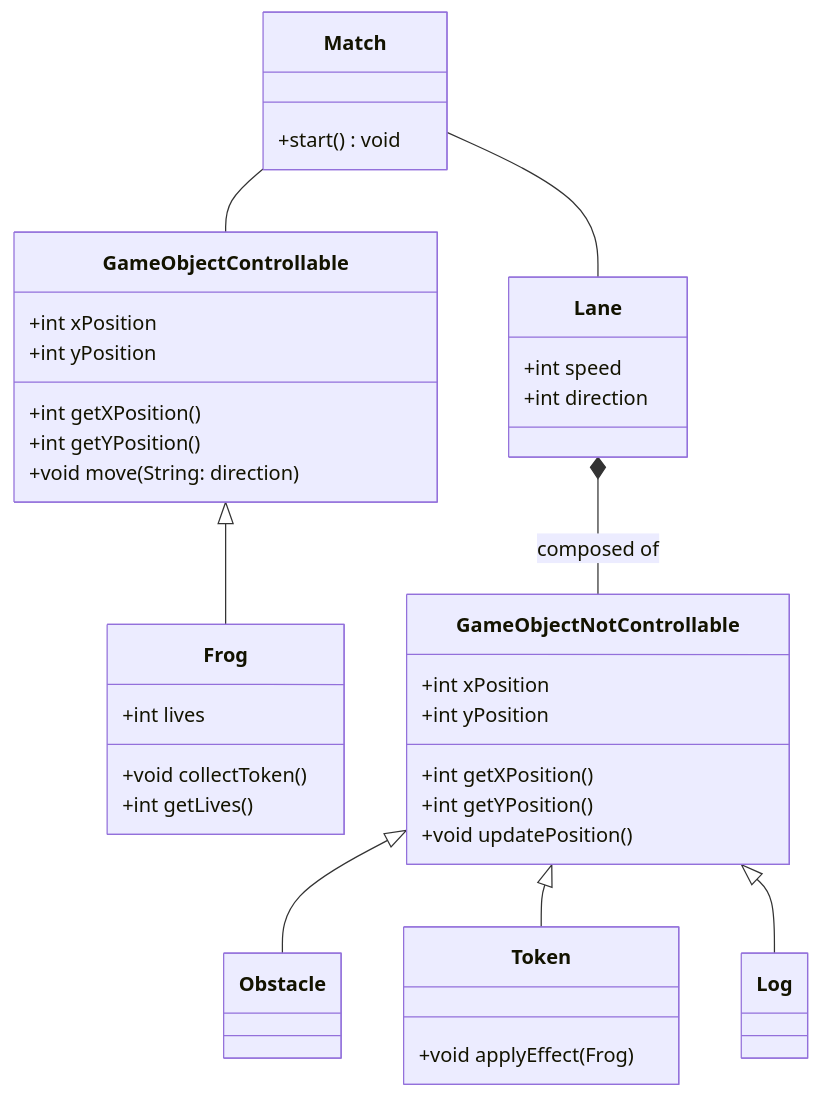
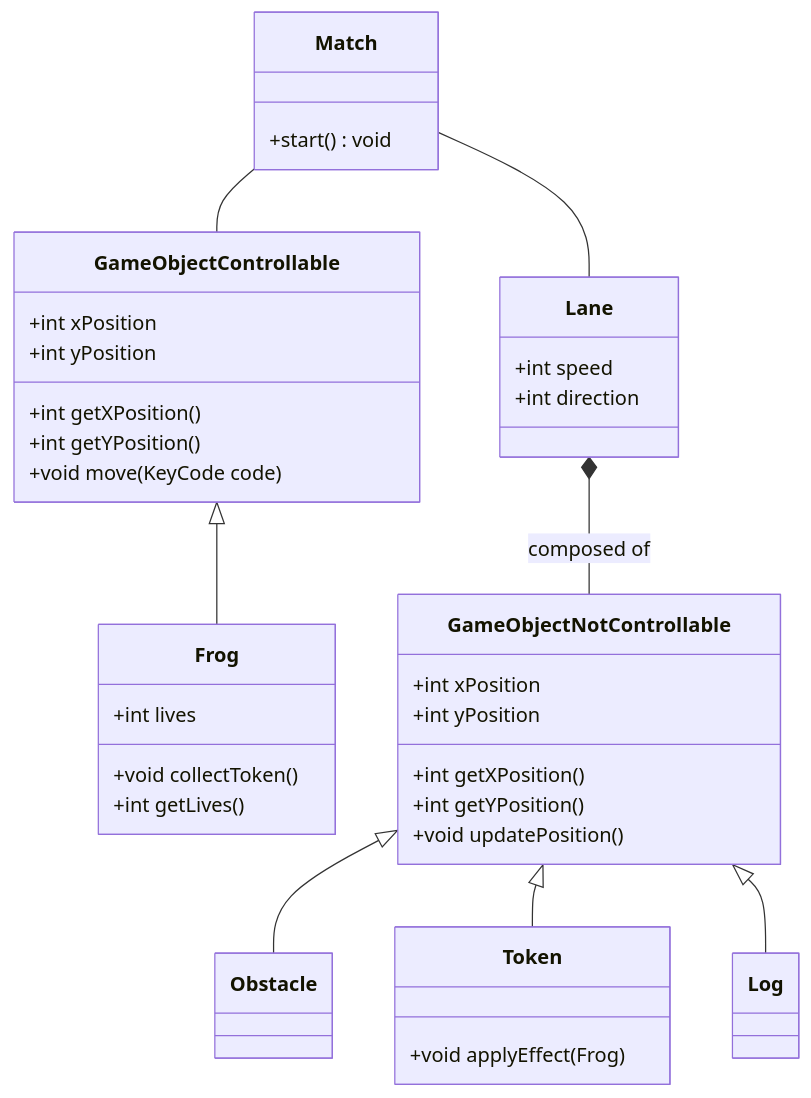
The first of 4 diagrams in README.md (giuliavanni/frogger), drawn with Mermaid before and after one commit. The commit also changed other lines of this file, not shown here.

````diff
--- a/README.md
+++ b/README.md
@@ -51,44 +51,44 @@
 ```mermaid
 classDiagram
     class Match {
         +start() void
     }
     class GameObjectControllable  {
         +int xPosition
         +int yPosition
         +int getXPosition()
         +int getYPosition()
-        +void move(String: direction)
+        +void move(KeyCode code)
     }
     class Frog {
         +int lives
         +void collectToken()
         +int getLives()
     }
     class Lane {
         +int speed
         +int direction
     }
     class GameObjectNotControllable{
         +int xPosition
         +int yPosition
         +int getXPosition()
         +int getYPosition()
         +void updatePosition()
     }
     class Obstacle {
     }
     class Log {
     }
     class Token {
         +void applyEffect(Frog)
     }
     Match -- GameObjectControllable
     Match -- Lane
     GameObjectNotControllable <|-- Obstacle
     GameObjectNotControllable <|-- Token
     GameObjectNotControllable <|-- Log
     GameObjectControllable <|-- Frog
     Lane *-- GameObjectNotControllable : composed of
 
 ```
````
